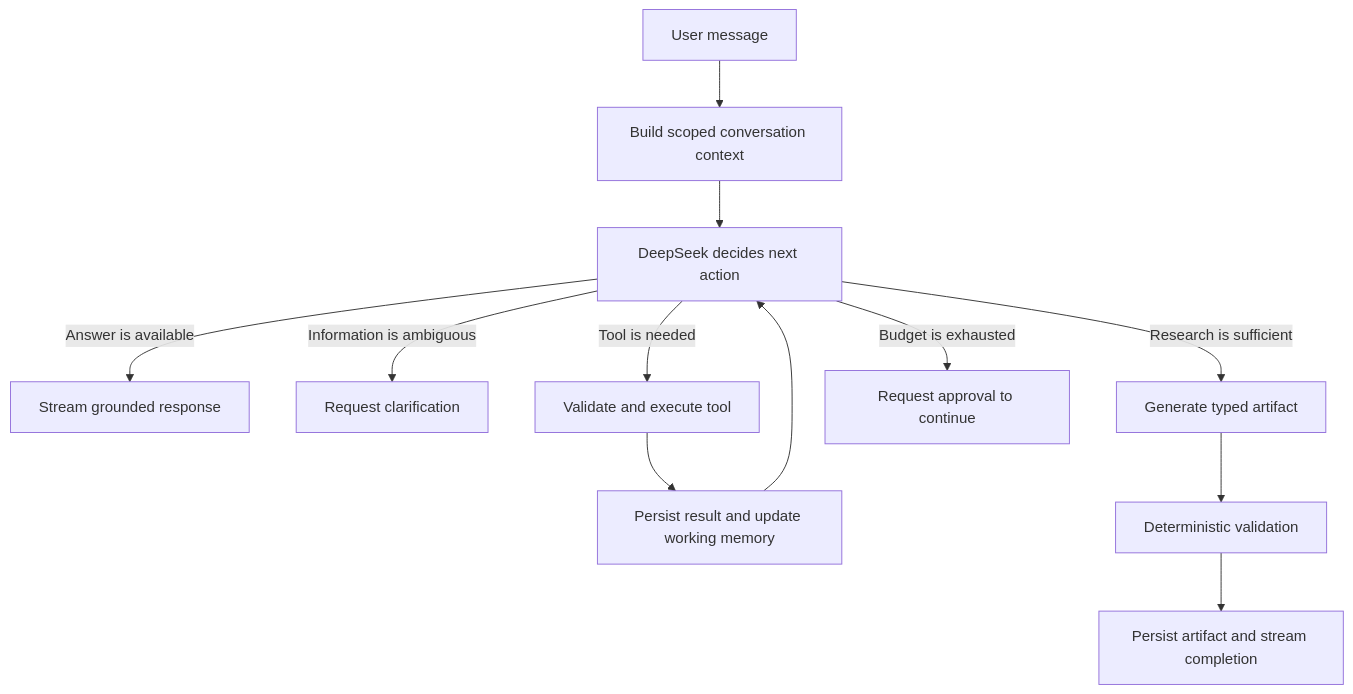
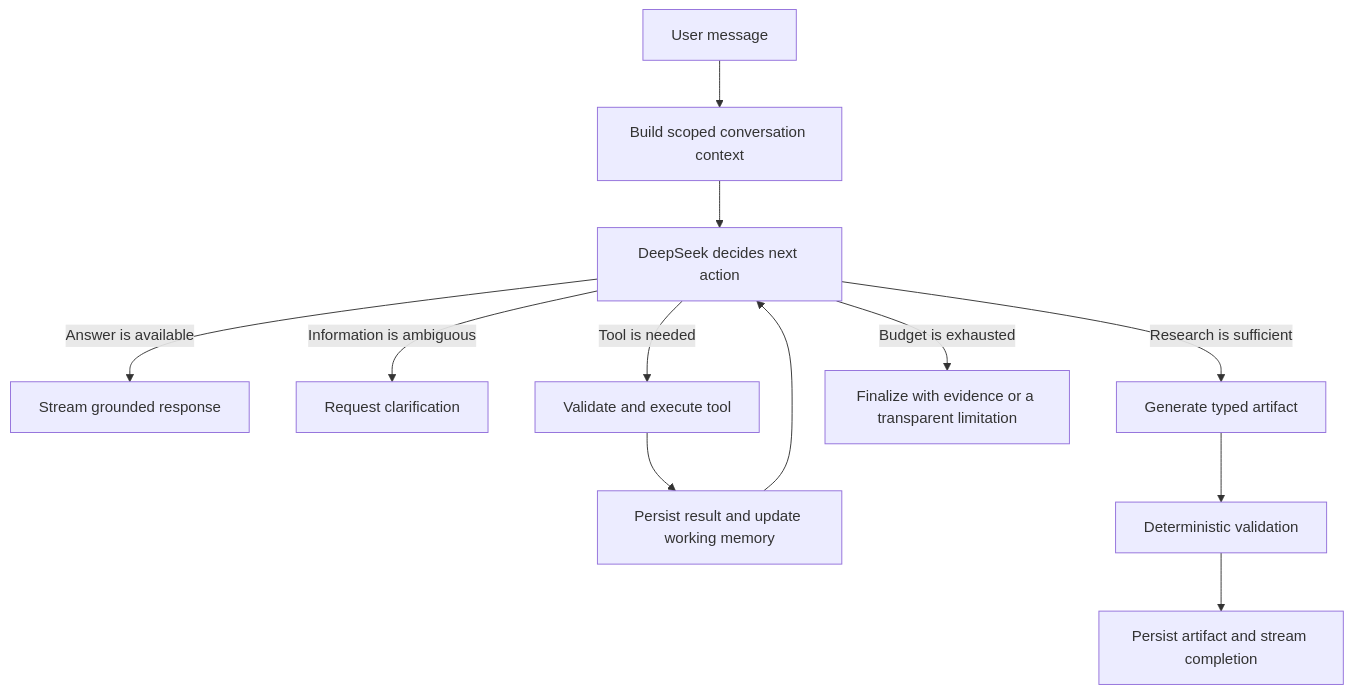
Before and after one commit to Sebalin2003/Company-Research-Agent: the diagram in PRD.md, drawn with Mermaid. The commit also changed other lines of this file and 23 other files, not shown here.

````diff
--- a/PRD.md
+++ b/PRD.md
@@ -164,14 +157,14 @@
 ```mermaid
 flowchart TD
     A["User message"] --> B["Build scoped conversation context"]
     B --> C["DeepSeek decides next action"]
     C -->|"Answer is available"| D["Stream grounded response"]
     C -->|"Information is ambiguous"| E["Request clarification"]
     C -->|"Tool is needed"| F["Validate and execute tool"]
     F --> G["Persist result and update working memory"]
     G --> C
     C -->|"Research is sufficient"| H["Generate typed artifact"]
     H --> I["Deterministic validation"]
     I --> J["Persist artifact and stream completion"]
-    C -->|"Budget is exhausted"| K["Request approval to continue"]
+    C -->|"Budget is exhausted"| K["Finalize with evidence or a transparent limitation"]
 ```
````
